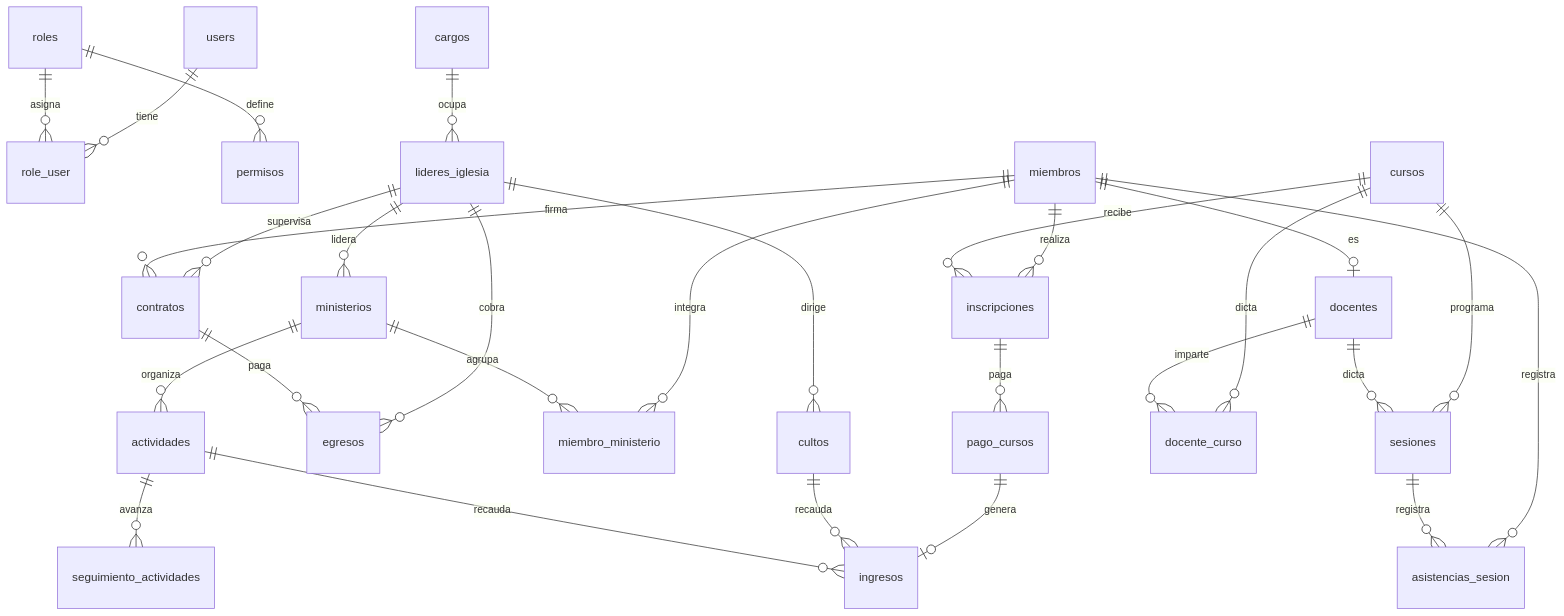
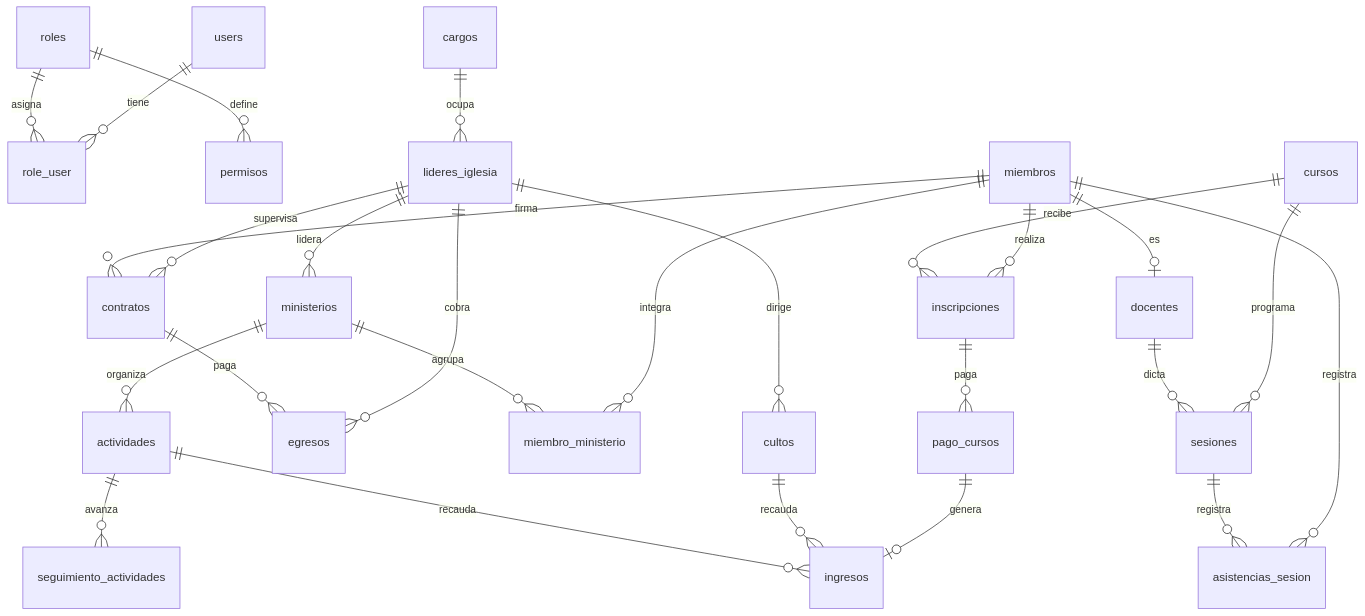
The diagram in PROMPT_BASE_DATOS.md (programerwin2005-beep/proyecto), drawn with Mermaid before and after one commit. The commit also changed other lines of this file and 24 other files, not shown here.

````diff
--- a/PROMPT_BASE_DATOS.md
+++ b/PROMPT_BASE_DATOS.md
@@ -283,30 +279,28 @@
 ```mermaid
 erDiagram
     users ||--o{ role_user : tiene
     roles ||--o{ role_user : asigna
     roles ||--o{ permisos : define
     cargos ||--o{ lideres_iglesia : ocupa
     lideres_iglesia ||--o{ ministerios : lidera
     lideres_iglesia ||--o{ cultos : dirige
     lideres_iglesia ||--o{ contratos : supervisa
     lideres_iglesia ||--o{ egresos : cobra
     miembros ||--o| docentes : es
     miembros ||--o{ contratos : firma
     miembros ||--o{ inscripciones : realiza
     miembros ||--o{ asistencias_sesion : registra
     miembros ||--o{ miembro_ministerio : integra
     ministerios ||--o{ miembro_ministerio : agrupa
     ministerios ||--o{ actividades : organiza
     actividades ||--o{ seguimiento_actividades : avanza
     cursos ||--o{ inscripciones : recibe
     cursos ||--o{ sesiones : programa
-    cursos ||--o{ docente_curso : dicta
-    docentes ||--o{ docente_curso : imparte
     docentes ||--o{ sesiones : dicta
     sesiones ||--o{ asistencias_sesion : registra
     inscripciones ||--o{ pago_cursos : paga
     pago_cursos ||--o| ingresos : genera
     cultos ||--o{ ingresos : recauda
     actividades ||--o{ ingresos : recauda
     contratos ||--o{ egresos : paga
 ```
````
